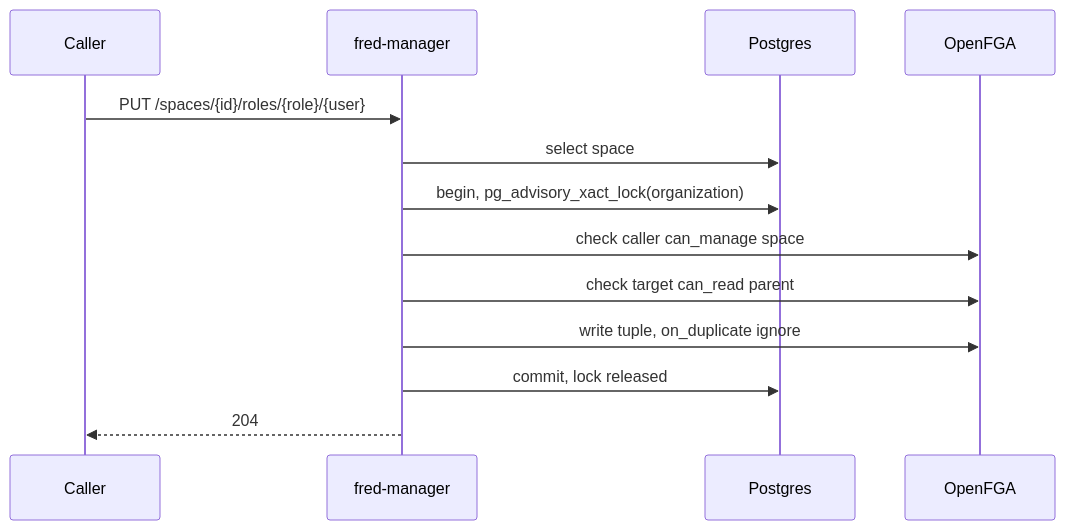
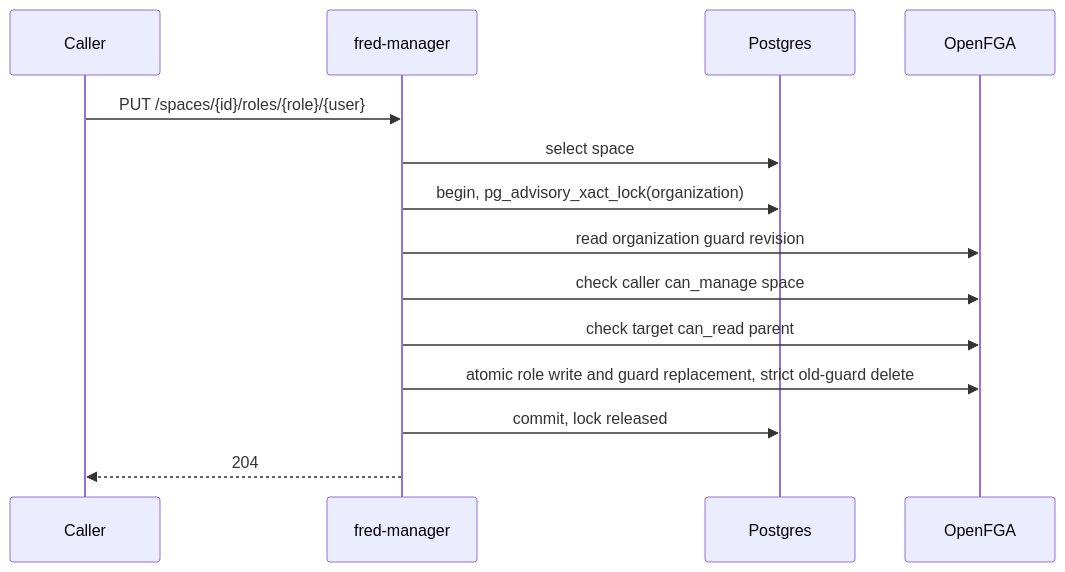
One commit to ThalesGroup/fred changed the third of 7 diagrams in docs/architecture/04-runtime.md. Above: the diagram before and after it, drawn with Mermaid. The commit also changed other lines of this file and 30 other files, not shown here.

````diff
--- a/docs/architecture/04-runtime.md
+++ b/docs/architecture/04-runtime.md
@@ -90,15 +92,16 @@
 ```mermaid
 sequenceDiagram
     participant C as Caller
     participant M as fred-manager
     participant PG as Postgres
     participant FGA as OpenFGA
     C->>M: PUT /spaces/{id}/roles/{role}/{user}
     M->>PG: select space
     M->>PG: begin, pg_advisory_xact_lock(organization)
+    M->>FGA: read organization guard revision
     M->>FGA: check caller can_manage space
     M->>FGA: check target can_read parent
-    M->>FGA: write tuple, on_duplicate ignore
+    M->>FGA: atomic role write and guard replacement, strict old-guard delete
     M->>PG: commit, lock released
     M-->>C: 204
 ```
````
